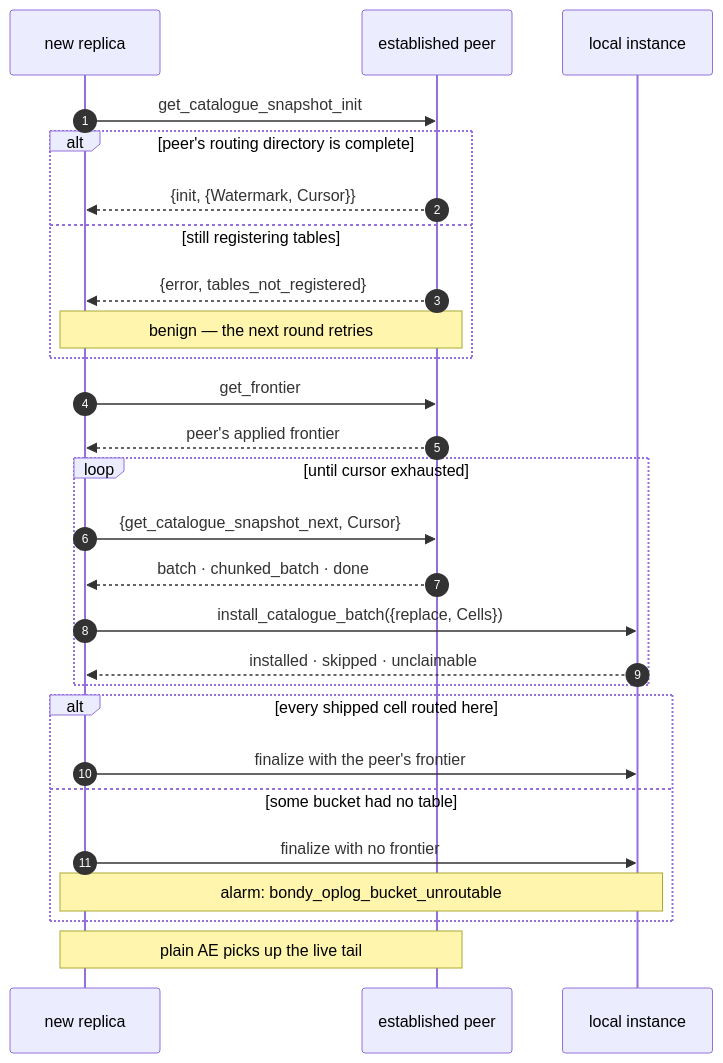
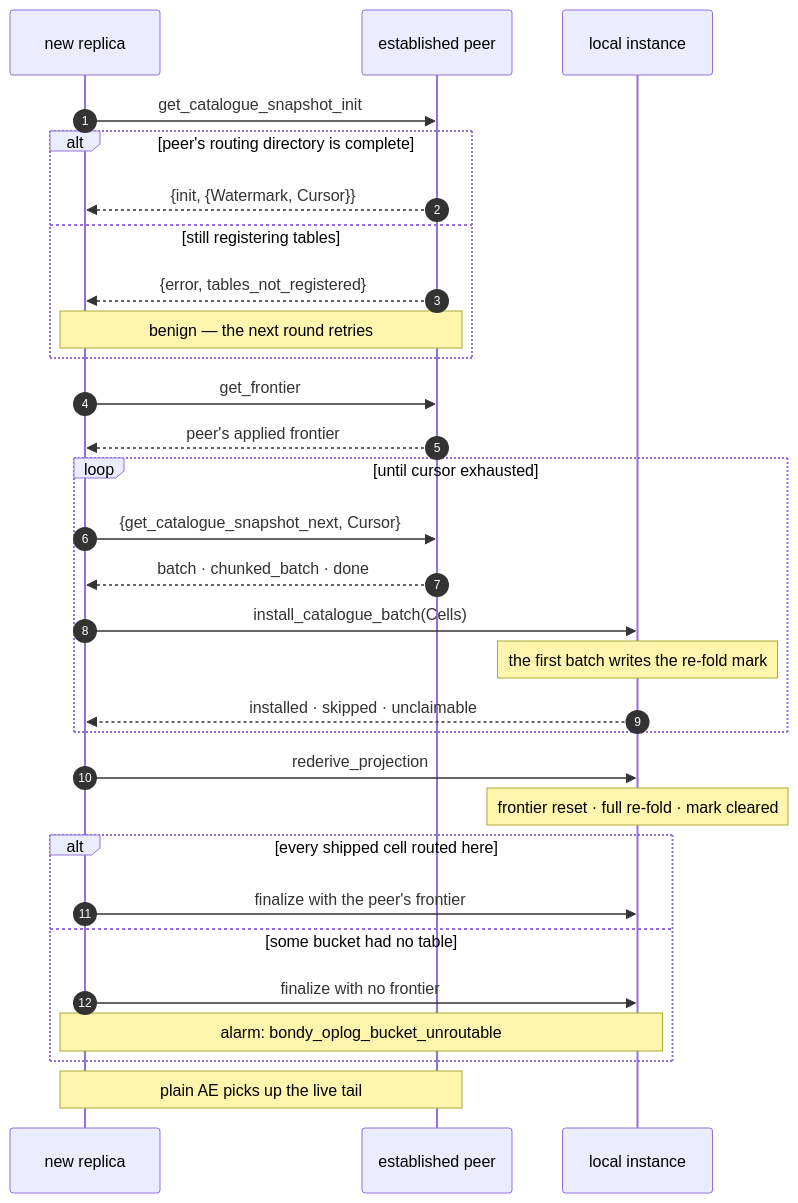
Diagram 11 of 15 in apps/bondy_db/doc_extras/architecture/06_compaction_and_bootstrap.md (bondy-io/bondy), drawn with Mermaid before and after one commit. The commit also changed other lines of this file and 207 other files, not shown here.

````diff
--- a/apps/bondy_db/doc_extras/architecture/06_compaction_and_bootstrap.md
+++ b/apps/bondy_db/doc_extras/architecture/06_compaction_and_bootstrap.md
@@ -717,30 +717,33 @@
 ```mermaid
 sequenceDiagram
     autonumber
     participant New as new replica
     participant Peer as established peer
     participant Local as local instance
 
     New->>Peer: get_catalogue_snapshot_init
     alt peer's routing directory is complete
         Peer-->>New: {init, {Watermark, Cursor}}
     else still registering tables
         Peer-->>New: {error, tables_not_registered}
         Note over New,Peer: benign — the next round retries
     end
     New->>Peer: get_frontier
     Peer-->>New: peer's applied frontier
     loop until cursor exhausted
         New->>Peer: {get_catalogue_snapshot_next, Cursor}
         Peer-->>New: batch · chunked_batch · done
-        New->>Local: install_catalogue_batch({replace, Cells})
+        New->>Local: install_catalogue_batch(Cells)
+        Note over Local: the first batch writes the re-fold mark
         Local-->>New: installed · skipped · unclaimable
     end
+    New->>Local: rederive_projection
+    Note over Local: frontier reset · full re-fold · mark cleared
     alt every shipped cell routed here
         New->>Local: finalize with the peer's frontier
     else some bucket had no table
         New->>Local: finalize with no frontier
         Note over New,Local: alarm: bondy_oplog_bucket_unroutable
     end
     Note over New,Peer: plain AE picks up the live tail
 ```
````
